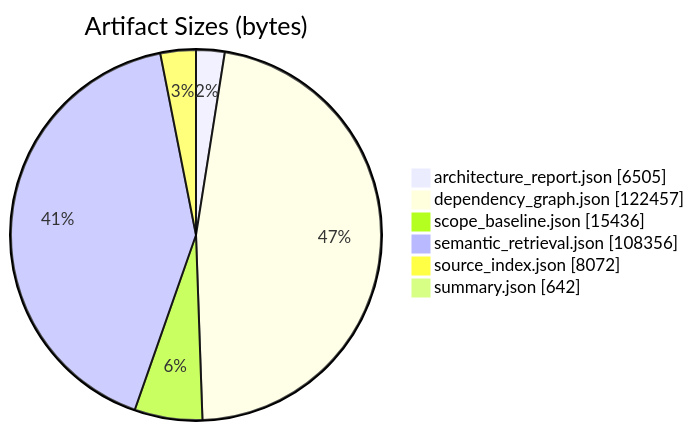
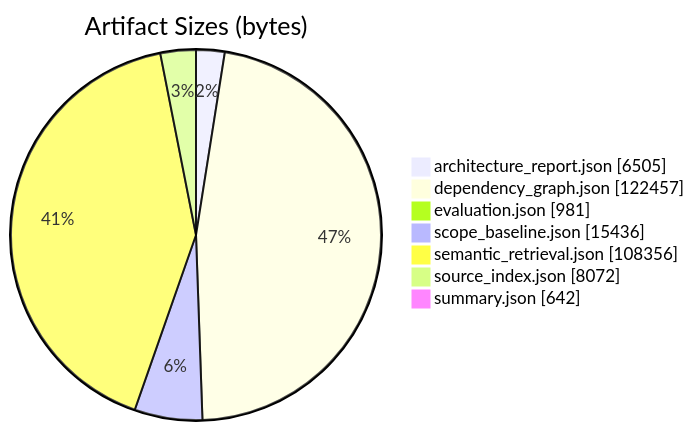
Before and after one commit to scl2bp/refactor_cli: the second of 7 diagrams in .refactor/analysis/candidates/report.md, drawn with Mermaid. The commit also changed other lines of this file and 3 other files, not shown here.

````diff
--- a/.refactor/analysis/candidates/report.md
+++ b/.refactor/analysis/candidates/report.md
@@ -69,10 +70,11 @@
 ```mermaid
 pie showData
   title Artifact Sizes (bytes)
   "architecture_report.json" : 6505
   "dependency_graph.json" : 122457
+  "evaluation.json" : 981
   "scope_baseline.json" : 15436
   "semantic_retrieval.json" : 108356
   "source_index.json" : 8072
   "summary.json" : 642
 ```
````
